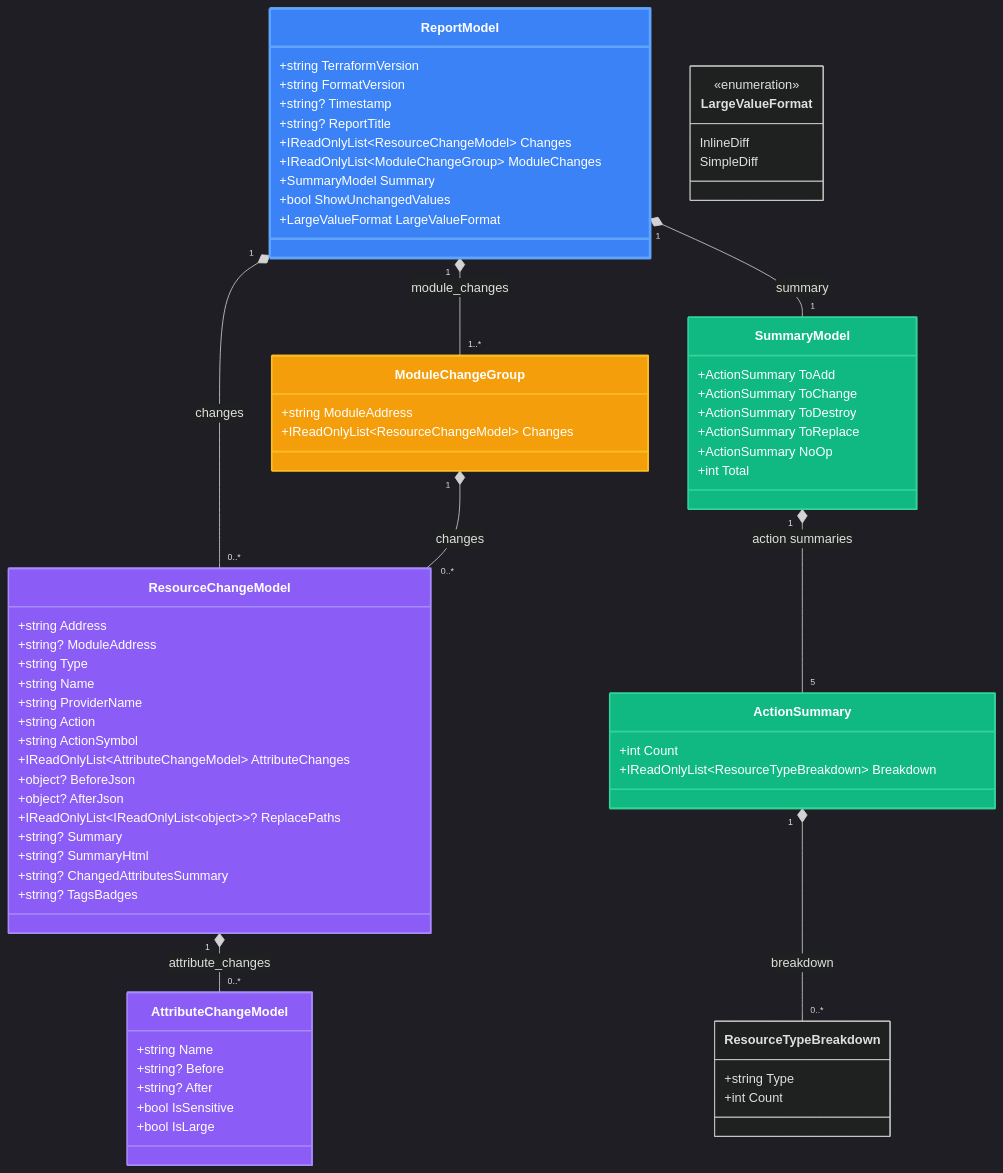
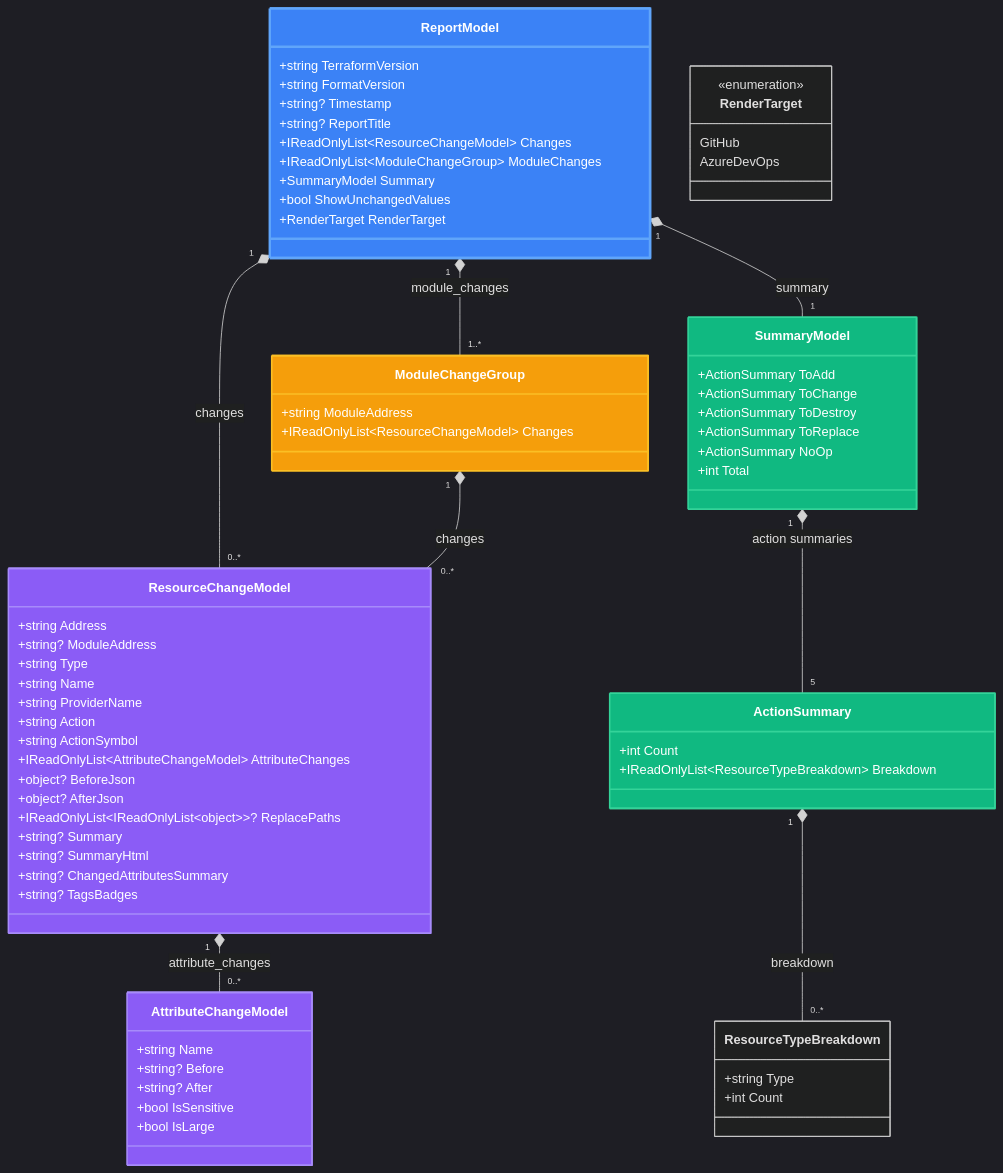
Before and after one commit to oocx/tfplan2md: the sixth of 15 diagrams in docs/architecture.md, drawn with Mermaid. The commit also changed other lines of this file and 2 other files, not shown here.

Commit message:
docs: refresh demo artifact metadata

```diff
--- a/docs/architecture.md
+++ b/docs/architecture.md
@@ -430,7 +430,7 @@
         +IReadOnlyList~ModuleChangeGroup~ ModuleChanges
         +SummaryModel Summary
         +bool ShowUnchangedValues
-        +LargeValueFormat LargeValueFormat
+        +RenderTarget RenderTarget
     }
     
     class ModuleChangeGroup {
@@ -483,10 +483,10 @@
         +bool IsLarge
     }
     
-    class LargeValueFormat {
+    class RenderTarget {
         <<enumeration>>
-        InlineDiff
-        SimpleDiff
+        GitHub
+        AzureDevOps
     }
     
     ReportModel "1" *-- "0..*" ResourceChangeModel : changes
```
